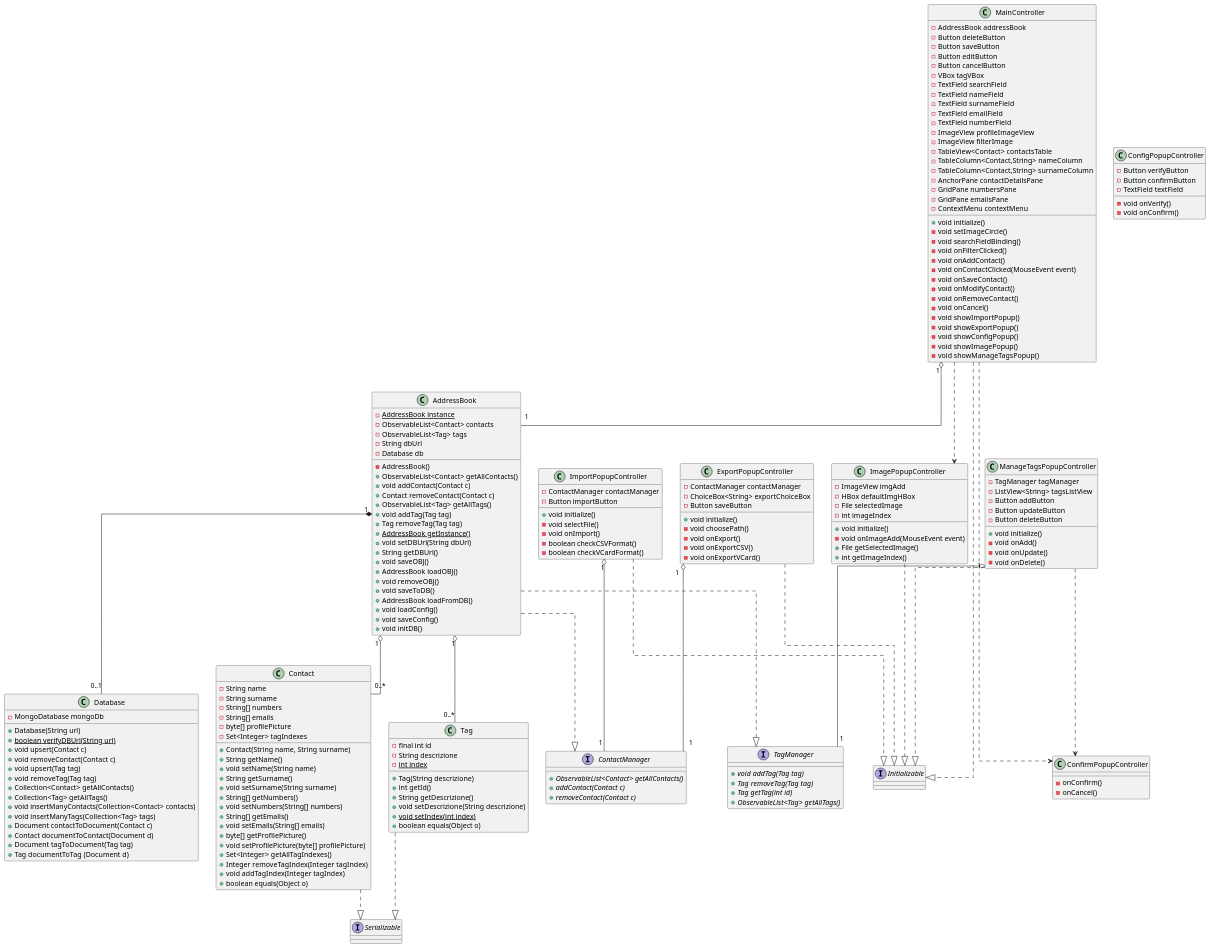
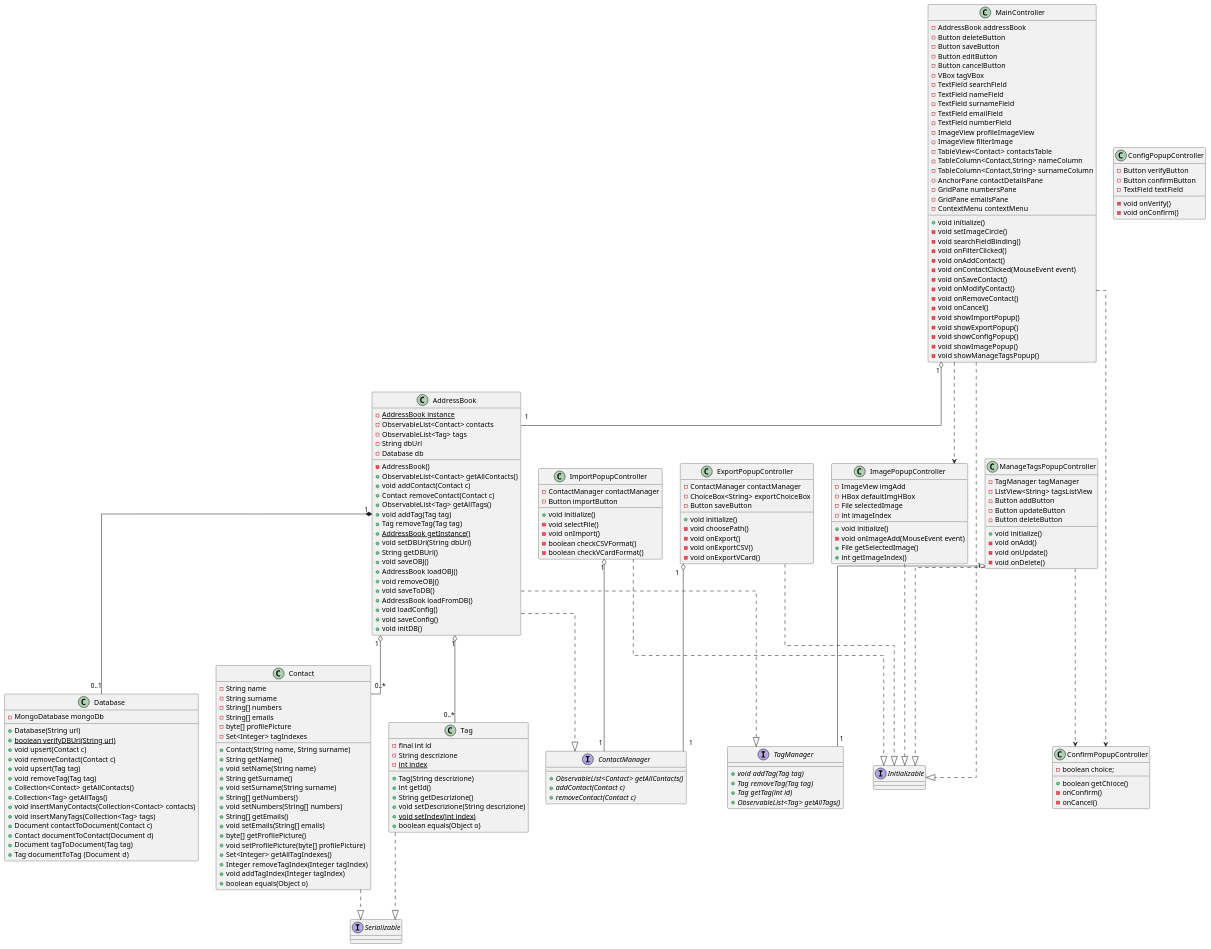
One commit to savaava/ProgettoRubrica changed the diagram in documenti/diagrammi di classe/puml/diagrammaClassi.puml. Above: the diagram before and after it, drawn with PlantUML. The commit also changed 1 other file, not shown here.

Commit message:
update diagramma delle classi

```diff
--- a/documenti/diagrammi di classe/puml/diagrammaClassi.puml
+++ b/documenti/diagrammi di classe/puml/diagrammaClassi.puml
@@ -157,6 +157,8 @@
 }
 
 class ConfirmPopupController {
+    - boolean choice;
+    + boolean getChioce()
     - onConfirm()
     - onCancel()
 }
```
